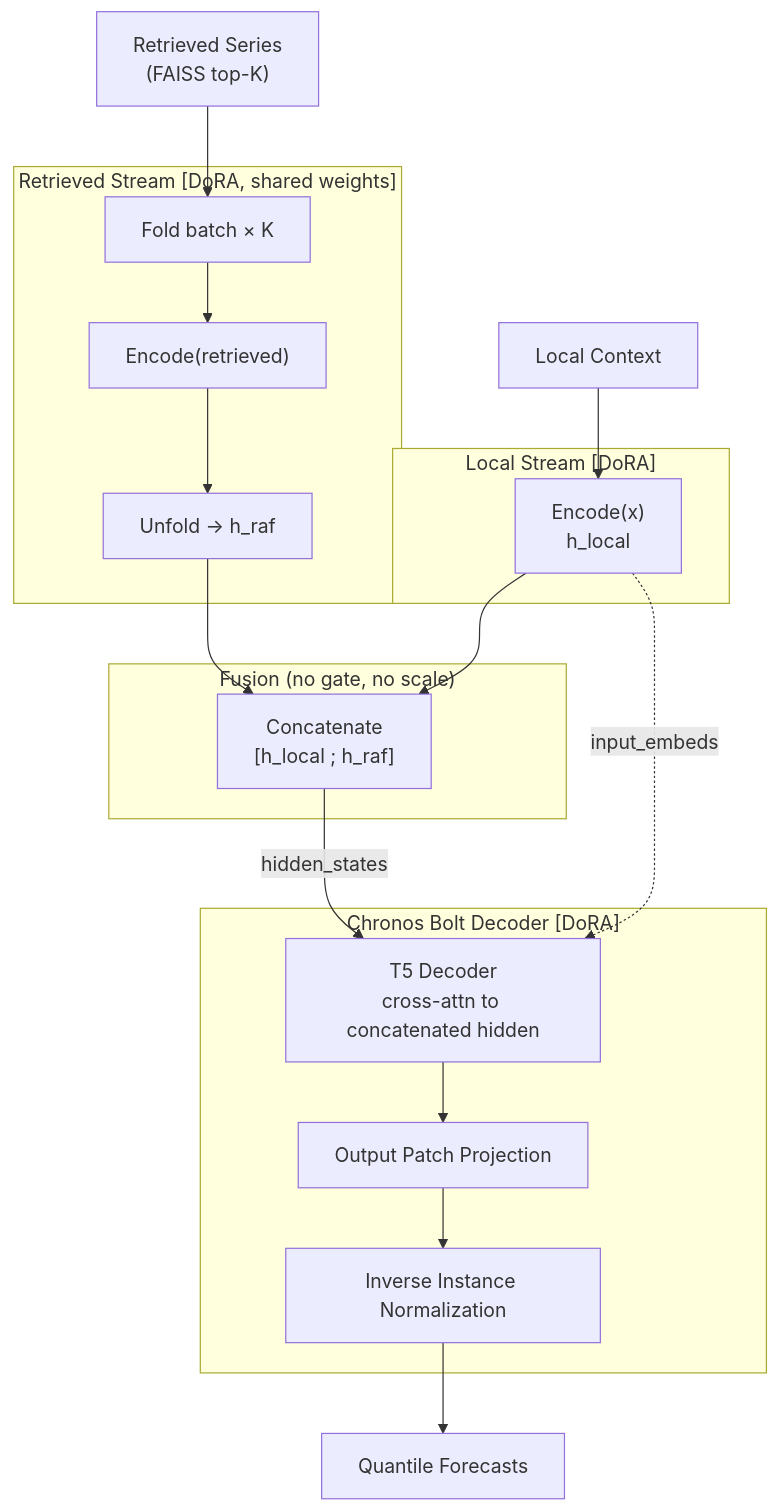
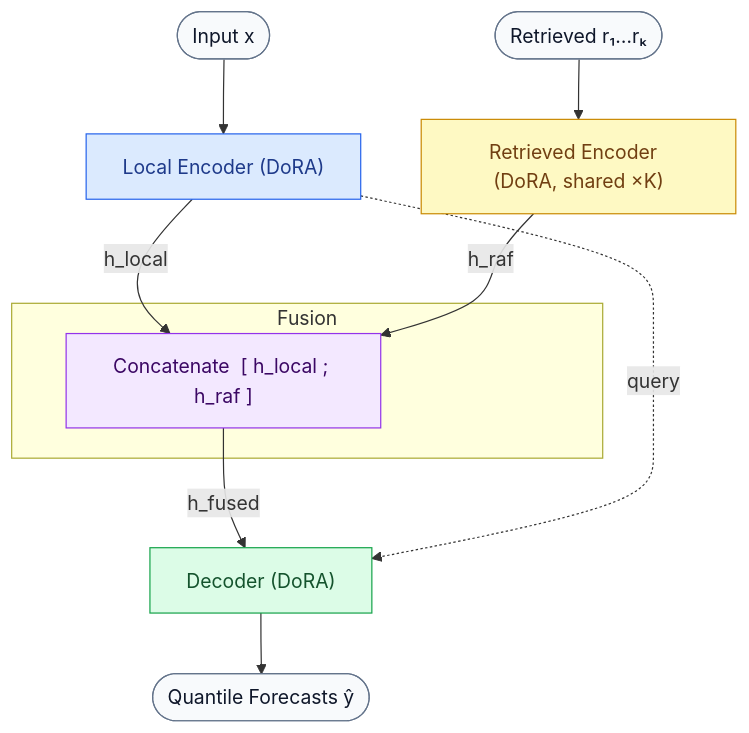
One commit to dmainf/JIMA_datacomp2025 changed the diagram in chronos_predict+Multi/architecture.mmd. Above: the diagram before and after it, drawn with Mermaid. The commit also changed 7 other files, not shown here.

Commit message:
modify mermaid

```diff
--- a/chronos_predict+Multi/architecture.mmd
+++ b/chronos_predict+Multi/architecture.mmd
@@ -1,31 +1,32 @@
 flowchart TB
-    ctx["Local Context"]
-    ret["Retrieved Series\n(FAISS top-K)"]
+    classDef io   fill:#f8fafc,stroke:#64748b,color:#0f172a
+    classDef lenc fill:#dbeafe,stroke:#2563eb,color:#1e3a8a
+    classDef renc fill:#fef9c3,stroke:#ca8a04,color:#713f12
+    classDef fuse fill:#f3e8ff,stroke:#9333ea,color:#3b0764
+    classDef dec  fill:#dcfce7,stroke:#16a34a,color:#14532d
 
-    subgraph LENC["Local Stream  [DoRA]"]
-        enc_l["Encode(x)\nh_local"]
+    x(["Input  x"])
+    r(["Retrieved  r₁…rₖ"])
+
+    enc_l["Local Encoder  (DoRA)"]
+    enc_r["Retrieved Encoder  (DoRA, shared ×K)"]
+
+    subgraph FUSE["Fusion"]
+        cat["Concatenate  [ h_local ; h_raf ]"]
     end
 
-    subgraph RENC["Retrieved Stream  [DoRA, shared weights]"]
-        fold["Fold batch × K"]
-        enc_r["Encode(retrieved)"]
-        unfold["Unfold → h_raf"]
-    end
+    dec["Decoder  (DoRA)"]
 
-    subgraph FUSE["Fusion  (no gate, no scale)"]
-        concat["Concatenate\n[h_local ; h_raf]"]
-    end
+    x     --> enc_l
+    r     --> enc_r
+    enc_l -- "h_local" --> cat
+    enc_r -- "h_raf"   --> cat
+    cat   -- "h_fused" --> dec
+    enc_l -. "query"   .-> dec
+    dec   --> y(["Quantile Forecasts  ŷ"])
 
-    subgraph DEC["Chronos Bolt Decoder  [DoRA]"]
-        t5dec["T5 Decoder\ncross-attn to concatenated hidden"]
-        outproj["Output Patch Projection"]
-        invnorm["Inverse Instance Normalization"]
-    end
-
-    ctx --> enc_l
-    ret --> fold --> enc_r --> unfold
-    enc_l --> concat
-    unfold --> concat
-    concat -- "hidden_states" --> t5dec
-    enc_l -. "input_embeds" .-> t5dec
-    t5dec --> outproj --> invnorm --> out["Quantile Forecasts"]
+    class x,r,y io
+    class enc_l lenc
+    class enc_r renc
+    class cat fuse
+    class dec dec
```
